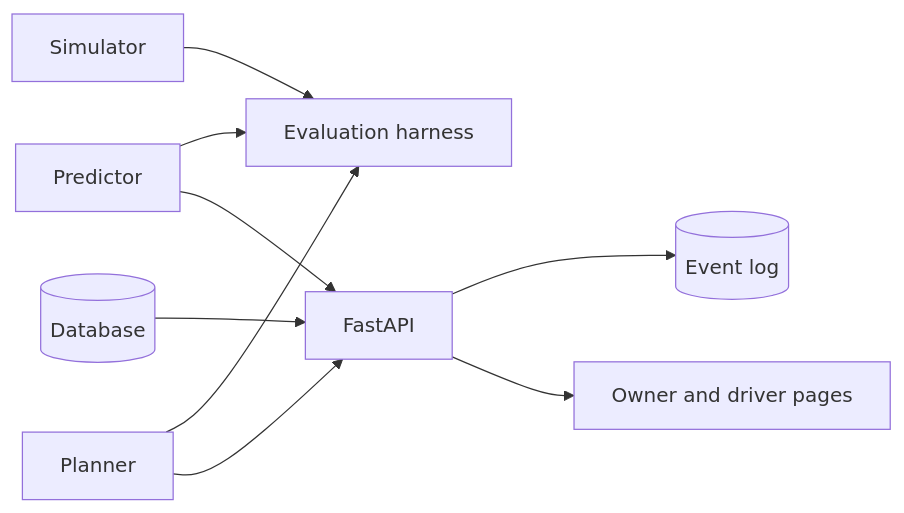
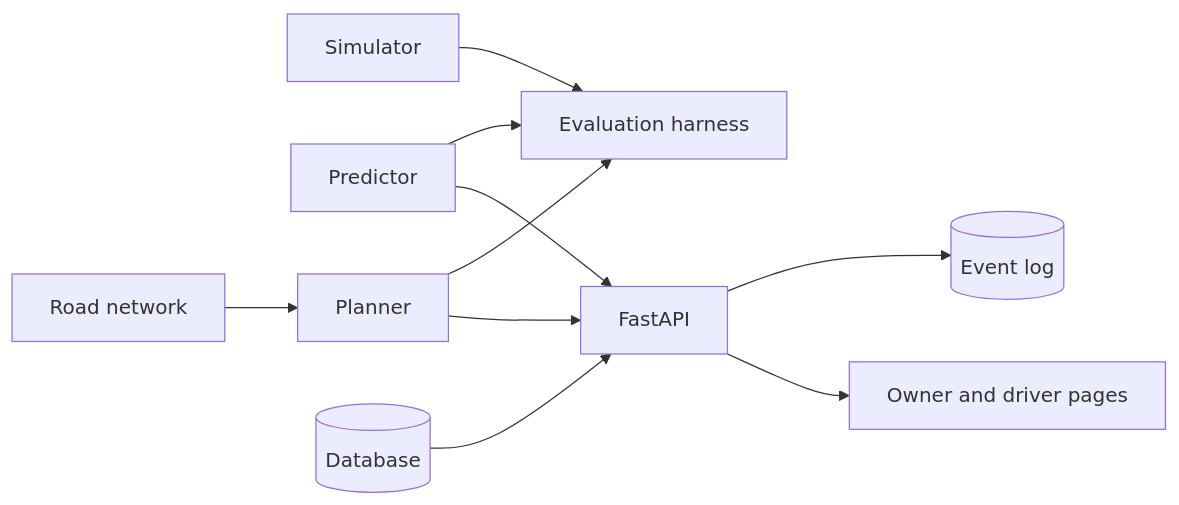
One commit to Sumamasonia/gasora changed the diagram in README.md. Above: the diagram before and after it, drawn with Mermaid. The commit also changed other lines of this file, not shown here.

````diff
--- a/README.md
+++ b/README.md
@@ -36,11 +42,12 @@
 ```mermaid
 flowchart LR
     SIM[Simulator] --> HAR[Evaluation harness]
     PRED[Predictor] --> HAR
     PLAN[Planner] --> HAR
     DB[(Database)] --> API[FastAPI]
     PRED --> API
     PLAN --> API
+    ROAD[Road network] --> PLAN
     API --> LOG[(Event log)]
     API --> WEB[Owner and driver pages]
 ```
````
